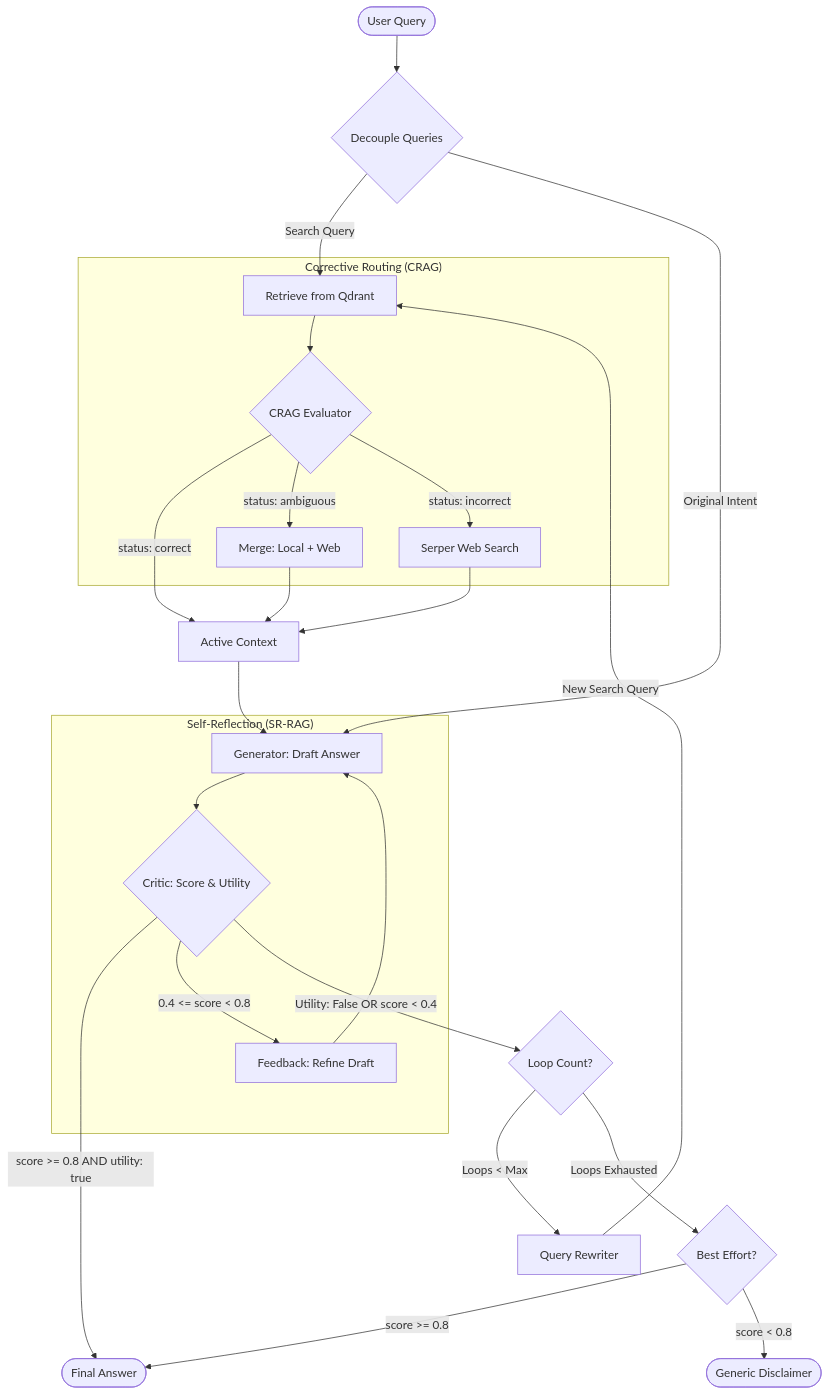
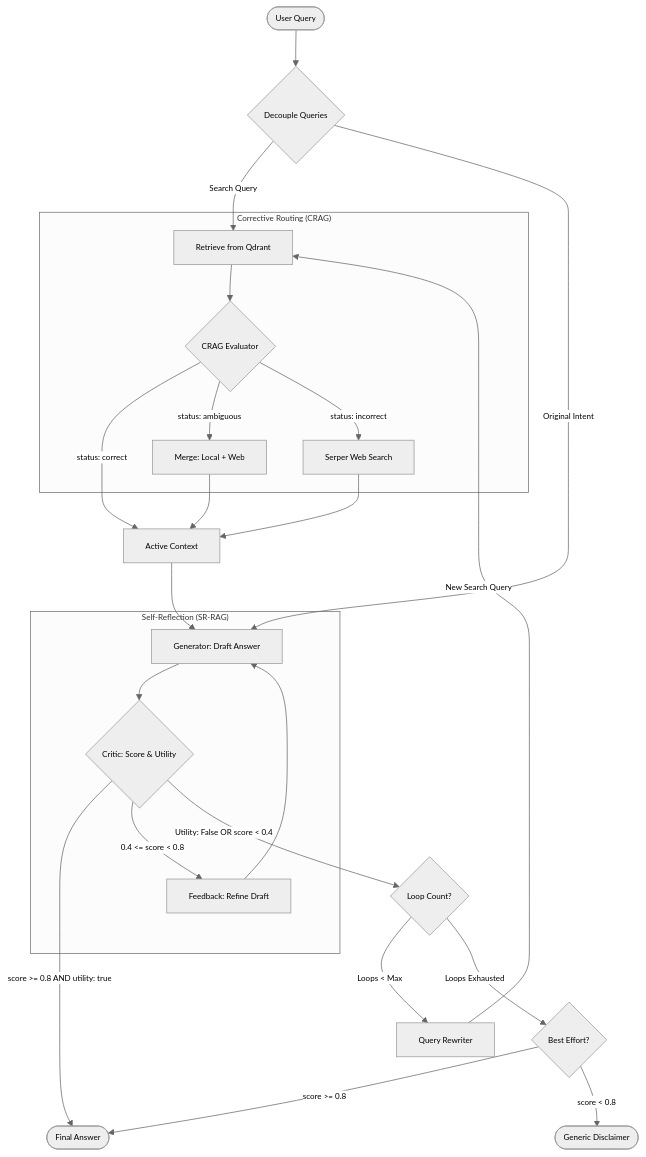
One commit to the-write-path-code/ch05-curing-enterprise-hallucination-crisis changed the first of 2 diagrams in workflows/overall_architecture.md. Above: the diagram before and after it, drawn with Mermaid.

Commit message:
Enhance overall architecture documentation with diagram
Added mermaid diagram to visualize the CRAG/SR-RAG pipeline.

````diff
--- a/workflows/overall_architecture.md
+++ b/workflows/overall_architecture.md
@@ -5,44 +5,46 @@
 ```mermaid
+%%{init: {"theme": "neutral", "themeVariables": {"fontFamily": "Arial, Helvetica, sans-serif", "fontSize": "11px", "actorFontSize": "11px", "noteFontSize": "10px", "messageFontSize": "10px"}}}%%
+
 graph TD
     User([User Query]) --> Decouple{Decouple Queries}
     Decouple --> |"Search Query"| Retrieval[Retrieve from Qdrant]
     Decouple --> |"Original Intent"| Draft
     
     Retrieval --> CRAG{CRAG Evaluator}
     
     CRAG -- status: correct --> Grounding[Active Context]
     CRAG -- status: ambiguous --> Hybrid[Merge: Local + Web]
     CRAG -- status: incorrect --> Web[Serper Web Search]
     
     Hybrid --> Grounding
     Web --> Grounding
     
     Grounding --> Draft[Generator: Draft Answer]
     Draft --> Critique{Critic: Score & Utility}
     
     Critique -- "score >= 0.8 AND utility: true" --> Success([Final Answer])
     Critique -- "0.4 <= score < 0.8" --> Refine[Feedback: Refine Draft]
     Critique -- "Utility: False OR score < 0.4" --> LoopCheck{Loop Count?}
     
     Refine --> Draft
     
     LoopCheck -- "Loops < Max" --> Rewriter[Query Rewriter]
     Rewriter --> |"New Search Query"| Retrieval
     
     LoopCheck -- "Loops Exhausted" --> BestEffort{Best Effort?}
     BestEffort -- "score >= 0.8" --> Success
     BestEffort -- "score < 0.8" --> Failure([Generic Disclaimer])
 
     subgraph "Corrective Routing (CRAG)"
     Retrieval
     CRAG
     Hybrid
     Web
     end
 
     subgraph "Self-Reflection (SR-RAG)"
     Draft
     Critique
     Refine
     end
 ```
````
